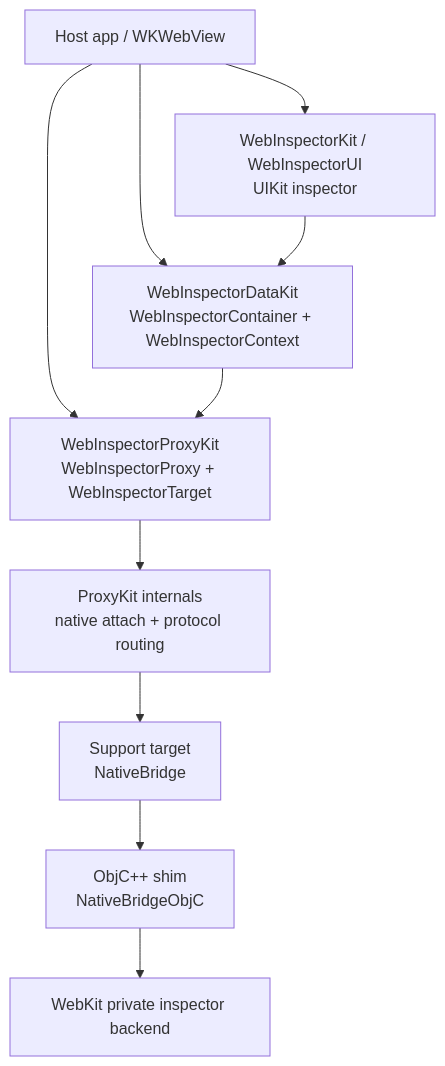
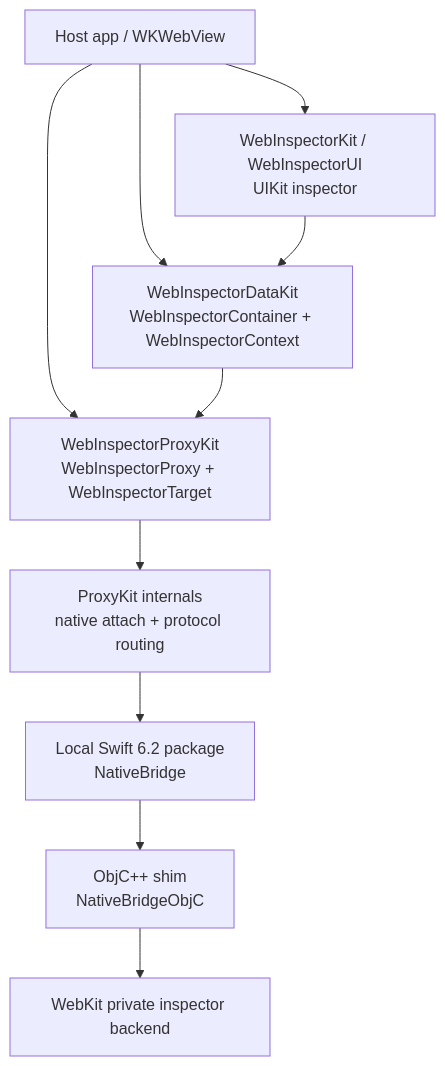
One commit to lynnswap/WebInspectorKit changed the first of 3 diagrams in Docs/ArchitectureOverview.md. Above: the diagram before and after it, drawn with Mermaid. The commit also changed other lines of this file and 36 other files, not shown here.

Commit message:
build(native): isolate native bridge package

````diff
--- a/Docs/ArchitectureOverview.md
+++ b/Docs/ArchitectureOverview.md
@@ -33,21 +33,21 @@
 ```mermaid
 flowchart TD
     Host["Host app / WKWebView"]
     Proxy["WebInspectorProxyKit<br/>WebInspectorProxy + WebInspectorTarget"]
     Data["WebInspectorDataKit<br/>WebInspectorContainer + WebInspectorContext"]
     UI["WebInspectorKit / WebInspectorUI<br/>UIKit inspector"]
     Native["ProxyKit internals<br/>native attach + protocol routing"]
-    Bridge["Support target<br/>NativeBridge"]
+    Bridge["Local Swift 6.2 package<br/>NativeBridge"]
     ObjC["ObjC++ shim<br/>NativeBridgeObjC"]
     WebKit["WebKit private inspector backend"]
 
     Host --> Proxy
     Host --> Data
     Host --> UI
     UI --> Data
     Data --> Proxy
     Proxy --> Native
     Native --> Bridge
     Bridge --> ObjC
     ObjC --> WebKit
 ```
````
